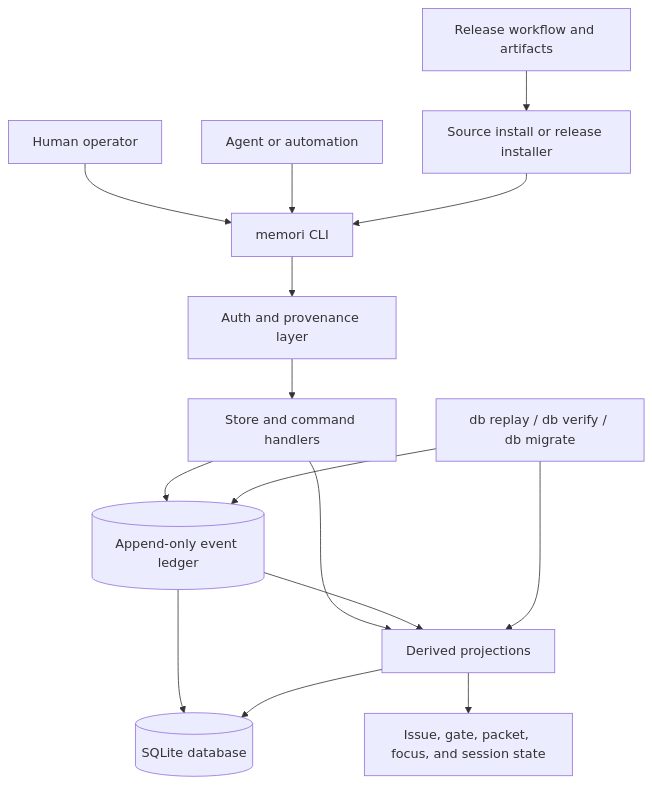
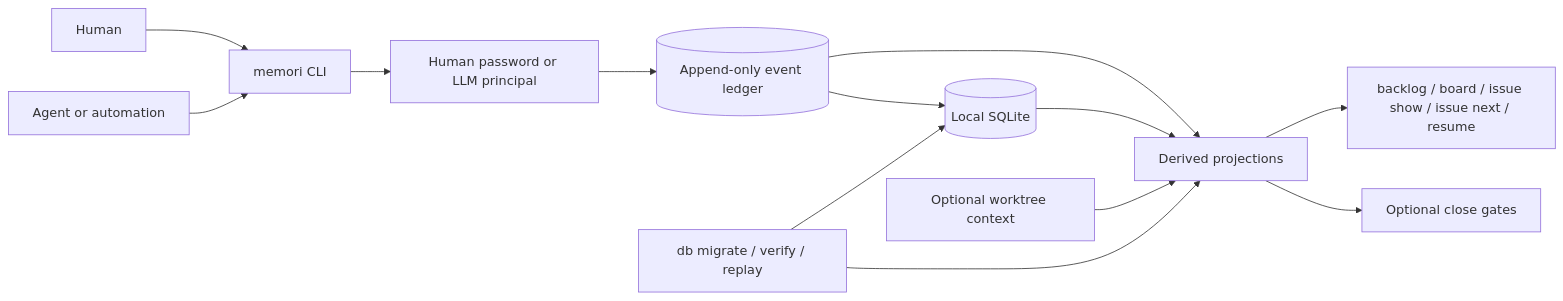
One commit to willbastian/memori changed the diagram in README.md. Above: the diagram before and after it, drawn with Mermaid. The commit also changed other lines of this file, not shown here.

Commit message:
docs(readme): pare down human guide and architecture (mem-0e7cbd7)

````diff
--- a/README.md
+++ b/README.md
@@ -47,30 +40,27 @@
 ```mermaid
-flowchart TD
-    Human["Human operator"]
+flowchart LR
+    Human["Human"]
     Agent["Agent or automation"]
     CLI["memori CLI"]
-    Auth["Auth and provenance layer"]
-    Store["Store and command handlers"]
+    Auth["Human password or LLM principal"]
     Ledger[("Append-only event ledger")]
+    DB[("Local SQLite")]
     Proj["Derived projections"]
-    SQLite[("SQLite database")]
-    Gates["Issue, gate, packet, focus, and session state"]
-    Replay["db replay / db verify / db migrate"]
-    Release["Release workflow and artifacts"]
-    Install["Source install or release installer"]
+    Views["backlog / board / issue show / issue next / resume"]
+    Worktree["Optional worktree context"]
+    Gates["Optional close gates"]
+    Ops["db migrate / verify / replay"]
 
     Human --> CLI
     Agent --> CLI
     CLI --> Auth
-    Auth --> Store
-    Store --> Ledger
-    Store --> Proj
+    Auth --> Ledger
+    Ledger --> DB
     Ledger --> Proj
-    Ledger --> SQLite
-    Proj --> SQLite
+    DB --> Proj
+    Worktree --> Proj
+    Proj --> Views
     Proj --> Gates
-    Replay --> Ledger
-    Replay --> Proj
-    Release --> Install
-    Install --> CLI
+    Ops --> DB
+    Ops --> Proj
 ```
````
